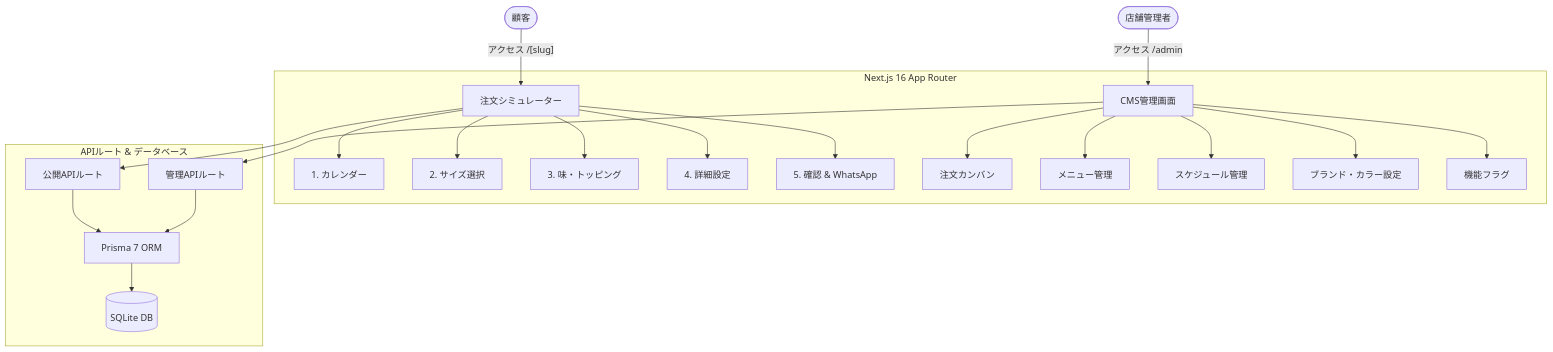
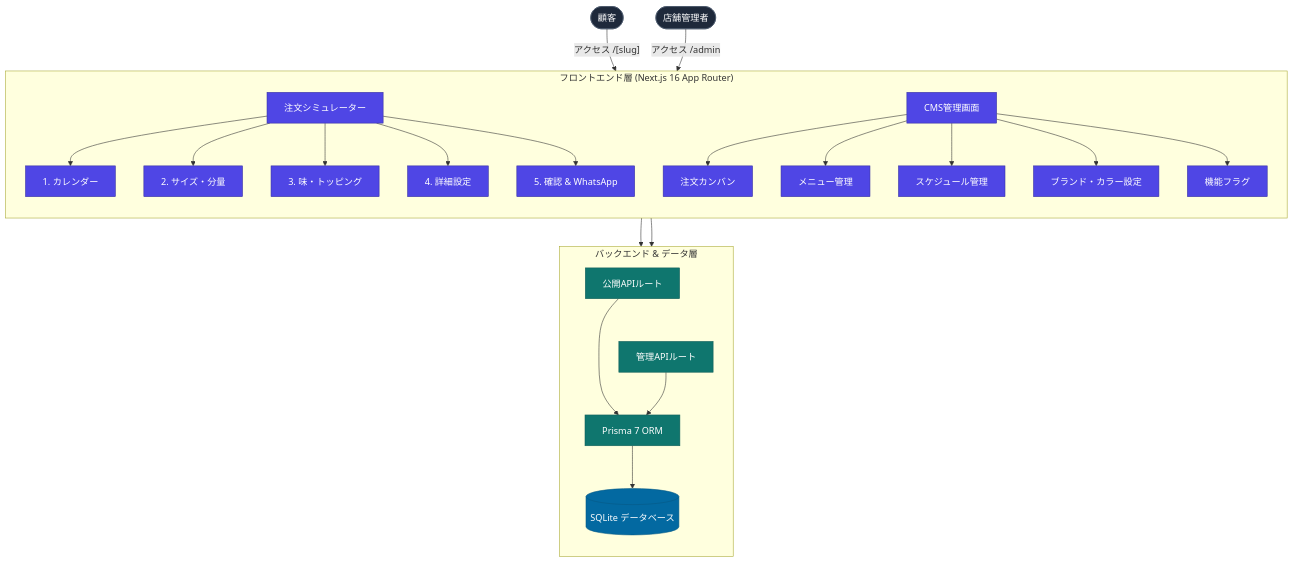
Before and after one commit to Gyliardson/lmere-studio: the diagram in README.ja.md, drawn with Mermaid. The commit also changed 4 other files, not shown here.

Commit message:
docs: improve mermaid architecture diagrams alignment and styling

````diff
--- a/README.ja.md
+++ b/README.ja.md
@@ -65,39 +65,64 @@
 ```mermaid
-graph TD
-    User(["顧客"])
-    Admin(["店舗管理者"])
+flowchart TD
+    Customer(["顧客"])
+    Owner(["店舗管理者"])
 
-    subgraph Frontend ["Next.js 16 App Router"]
+    subgraph Frontend["フロントエンド層 (Next.js 16 App Router)"]
+        direction TD
         Simulator["注文シミュレーター"]
         CMS["CMS管理画面"]
         
-        Simulator --> Step1["1. カレンダー"]
-        Simulator --> Step2["2. サイズ選択"]
-        Simulator --> Step3["3. 味・トッピング"]
-        Simulator --> Step4["4. 詳細設定"]
-        Simulator --> Step5["5. 確認 & WhatsApp"]
+        S1["1. カレンダー"]
+        S2["2. サイズ・分量"]
+        S3["3. 味・トッピング"]
+        S4["4. 詳細設定"]
+        S5["5. 確認 & WhatsApp"]
 
-        CMS --> Orders["注文カンバン"]
-        CMS --> Menu["メニュー管理"]
-        CMS --> Schedule["スケジュール管理"]
-        CMS --> Brand["ブランド・カラー設定"]
-        CMS --> Flags["機能フラグ"]
+        M1["注文カンバン"]
+        M2["メニュー管理"]
+        M3["スケジュール管理"]
+        M4["ブランド・カラー設定"]
+        M5["機能フラグ"]
+
+        Simulator --> S1
+        Simulator --> S2
+        Simulator --> S3
+        Simulator --> S4
+        Simulator --> S5
+
+        CMS --> M1
+        CMS --> M2
+        CMS --> M3
+        CMS --> M4
+        CMS --> M5
     end
 
-    subgraph Backend ["APIルート & データベース"]
-        API_Public["公開APIルート"]
-        API_Admin["管理APIルート"]
-        Prisma["Prisma 7 ORM"]
-        SQLite[("SQLite DB")]
-        
-        API_Public --> Prisma
-        API_Admin --> Prisma
-        Prisma --> SQLite
+    subgraph Backend["バックエンド & データ層"]
+        direction TD
+        APIPub["公開APIルート"]
+        APIAdm["管理APIルート"]
+        ORM["Prisma 7 ORM"]
+        DB[("SQLite データベース")]
+
+        APIPub ~~~ APIAdm
+        APIPub --> ORM
+        APIAdm --> ORM
+        ORM --> DB
     end
 
-    User -->|"アクセス /[slug]"| Simulator
-    Admin -->|"アクセス /admin"| CMS
+    Customer -->|"アクセス /[slug]"| Simulator
+    Owner -->|"アクセス /admin"| CMS
 
-    Simulator --> API_Public
-    CMS --> API_Admin
+    Simulator --> APIPub
+    CMS --> APIAdm
+
+    classDef actor fill:#1e293b,stroke:#475569,color:#ffffff;
+    classDef fe fill:#4f46e5,stroke:#3730a3,color:#ffffff;
+    classDef be fill:#0f766e,stroke:#115e59,color:#ffffff;
+    classDef db fill:#0369a1,stroke:#075985,color:#ffffff;
+
+    class Customer,Owner actor;
+    class Simulator,CMS,S1,S2,S3,S4,S5,M1,M2,M3,M4,M5 fe;
+    class APIPub,APIAdm,ORM be;
+    class DB db;
 ```
````
